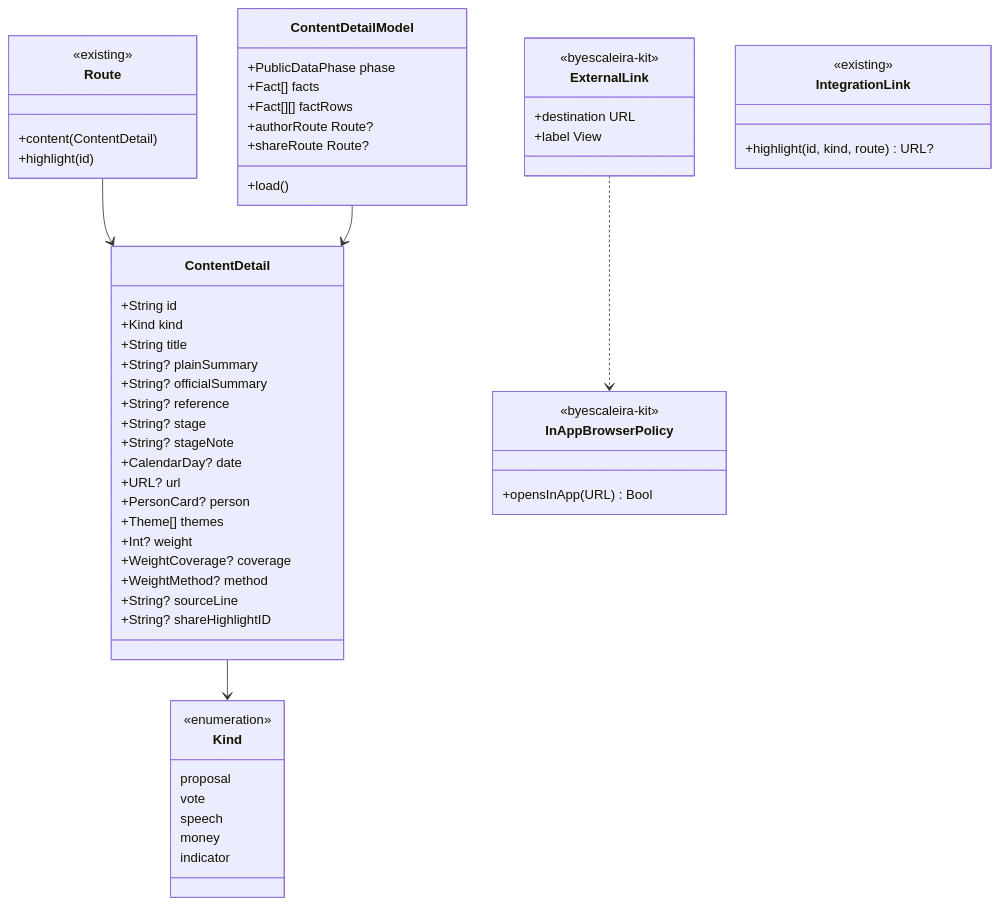
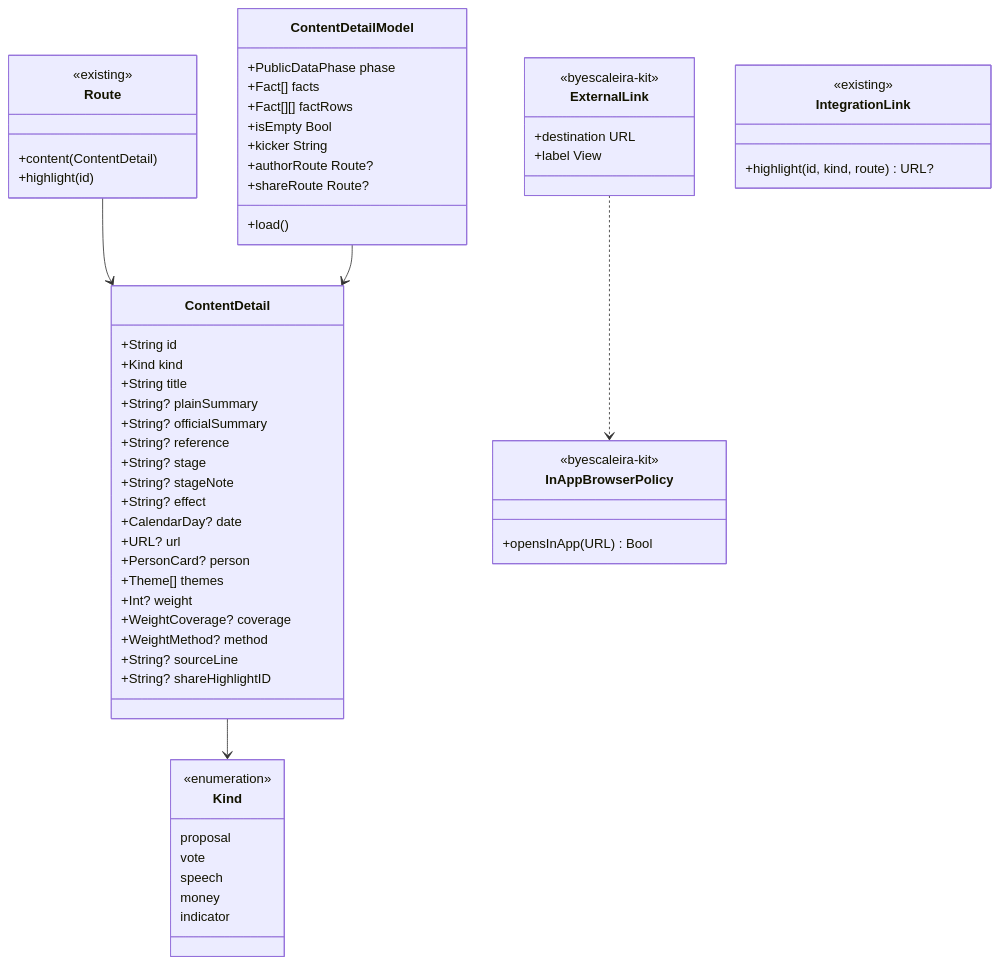
One commit to byescaleira/fiscal changed the diagram in spdd/prompt/FSC-011-202611011855-[Feat]-navigation-links-charts-refinements.md. Above: the diagram before and after it, drawn with Mermaid. The commit also changed other lines of this file and 15 other files, not shown here.

````diff
--- a/spdd/prompt/FSC-011-202611011855-[Feat]-navigation-links-charts-refinements.md
+++ b/spdd/prompt/FSC-011-202611011855-[Feat]-navigation-links-charts-refinements.md
@@ -47,60 +47,63 @@
 ```mermaid
 classDiagram
     class ContentDetail {
         +String id
         +Kind kind
         +String title
         +String? plainSummary
         +String? officialSummary
         +String? reference
         +String? stage
         +String? stageNote
+        +String? effect
         +CalendarDay? date
         +URL? url
         +PersonCard? person
         +Theme[] themes
         +Int? weight
         +WeightCoverage? coverage
         +WeightMethod? method
         +String? sourceLine
         +String? shareHighlightID
     }
     class Kind {
         <<enumeration>>
         proposal
         vote
         speech
         money
         indicator
     }
     class Route {
         <<existing>>
         +content(ContentDetail)
         +highlight(id)
     }
     class ContentDetailModel {
         +PublicDataPhase phase
         +Fact[] facts
         +Fact[][] factRows
+        +isEmpty Bool
+        +kicker String
         +load()
         +authorRoute Route?
         +shareRoute Route?
     }
     class ExternalLink {
         <<byescaleira-kit>>
         +destination URL
         +label View
     }
     class InAppBrowserPolicy {
         <<byescaleira-kit>>
         +opensInApp(URL) Bool
     }
     class IntegrationLink {
         <<existing>>
         +highlight(id, kind, route) URL?
     }
     ContentDetail --> Kind
     Route --> ContentDetail
     ContentDetailModel --> ContentDetail
     ExternalLink ..> InAppBrowserPolicy
 ```
````
